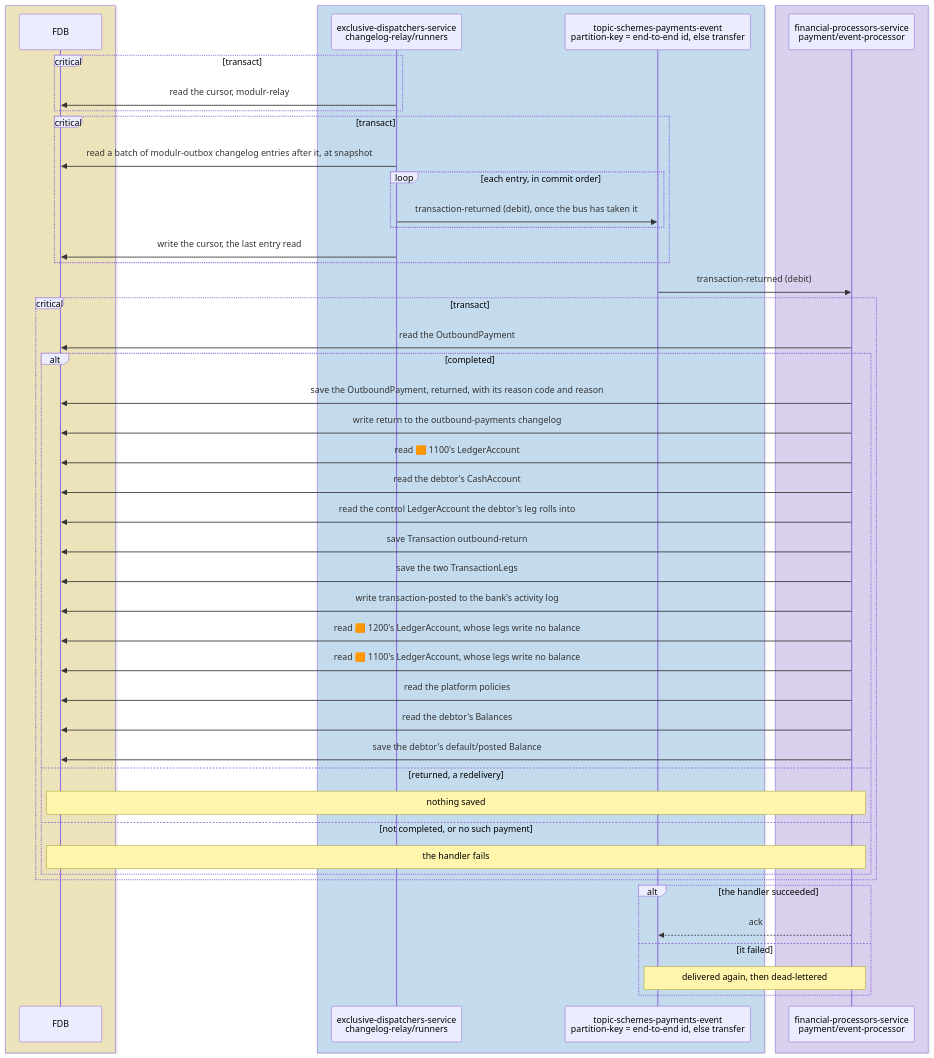
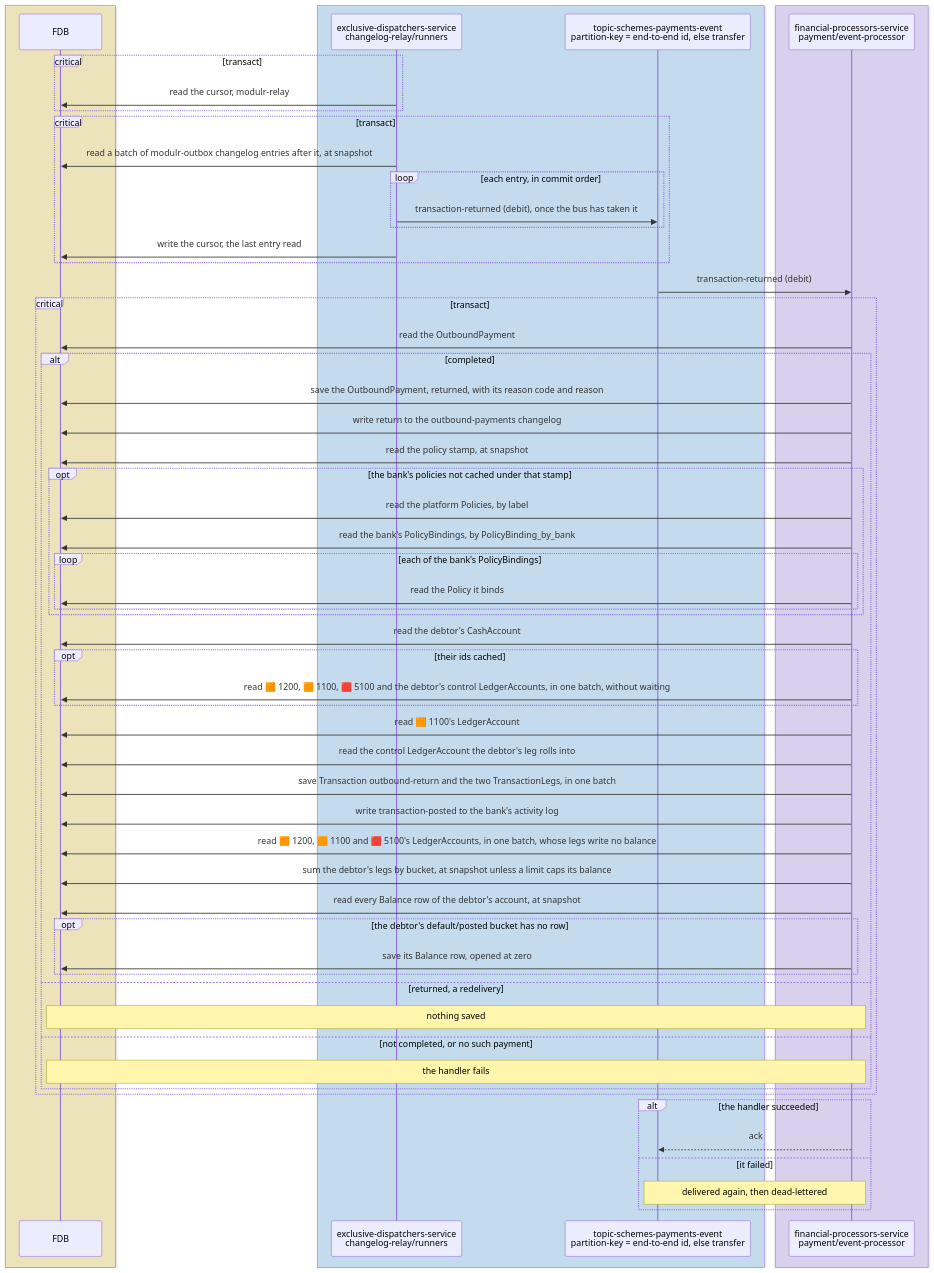
Before and after one commit to repldriven/queenswood: diagram 15 of 15 in docs/tdd/payments-outbound.md, drawn with Mermaid. The commit also changed other lines of this file and 29 other files, not shown here.

````diff
--- a/docs/tdd/payments-outbound.md
+++ b/docs/tdd/payments-outbound.md
@@ -797,51 +884,62 @@
 ```mermaid
 sequenceDiagram
     box rgba(255, 236, 153, 0.5)
     participant DB as FDB
     end
     box rgba(165, 216, 255, 0.45)
     participant OR as exclusive-dispatchers-service<br/>changelog-relay/runners
     participant SE as topic-schemes-payments-event<br/>partition-key = end-to-end id, else transfer
     end
     box rgba(208, 191, 255, 0.45)
     participant PE as financial-processors-service<br/>payment/event-processor
     end
     critical transact
     OR->>DB: read the cursor, modulr-relay
     end
     critical transact
     OR->>DB: read a batch of modulr-outbox changelog entries after it, at snapshot
     loop each entry, in commit order
     OR->>SE: transaction-returned (debit), once the bus has taken it
     end
     OR->>DB: write the cursor, the last entry read
     end
     SE->>PE: transaction-returned (debit)
     critical transact
     PE->>DB: read the OutboundPayment
     alt completed
     PE->>DB: save the OutboundPayment, returned, with its reason code and reason
     PE->>DB: write return to the outbound-payments changelog
+    PE->>DB: read the policy stamp, at snapshot
+    opt the bank's policies not cached under that stamp
+    PE->>DB: read the platform Policies, by label
+    PE->>DB: read the bank's PolicyBindings, by PolicyBinding_by_bank
+    loop each of the bank's PolicyBindings
+    PE->>DB: read the Policy it binds
+    end
+    end
+    PE->>DB: read the debtor's CashAccount
+    opt their ids cached
+    PE->>DB: read 🟧 1200, 🟧 1100, 🟥 5100 and the debtor's control LedgerAccounts, in one batch, without waiting
+    end
     PE->>DB: read 🟧 1100's LedgerAccount
-    PE->>DB: read the debtor's CashAccount
     PE->>DB: read the control LedgerAccount the debtor's leg rolls into
-    PE->>DB: save Transaction outbound-return
-    PE->>DB: save the two TransactionLegs
+    PE->>DB: save Transaction outbound-return and the two TransactionLegs, in one batch
     PE->>DB: write transaction-posted to the bank's activity log
-    PE->>DB: read 🟧 1200's LedgerAccount, whose legs write no balance
-    PE->>DB: read 🟧 1100's LedgerAccount, whose legs write no balance
-    PE->>DB: read the platform policies
-    PE->>DB: read the debtor's Balances
-    PE->>DB: save the debtor's default/posted Balance
+    PE->>DB: read 🟧 1200, 🟧 1100 and 🟥 5100's LedgerAccounts, in one batch, whose legs write no balance
+    PE->>DB: sum the debtor's legs by bucket, at snapshot unless a limit caps its balance
+    PE->>DB: read every Balance row of the debtor's account, at snapshot
+    opt the debtor's default/posted bucket has no row
+    PE->>DB: save its Balance row, opened at zero
+    end
     else returned, a redelivery
     Note over PE,DB: nothing saved
     else not completed, or no such payment
     Note over PE,DB: the handler fails
     end
     end
     alt the handler succeeded
     PE-->>SE: ack
     else it failed
     Note over PE,SE: delivered again, then dead-lettered
     end
 ```
````
